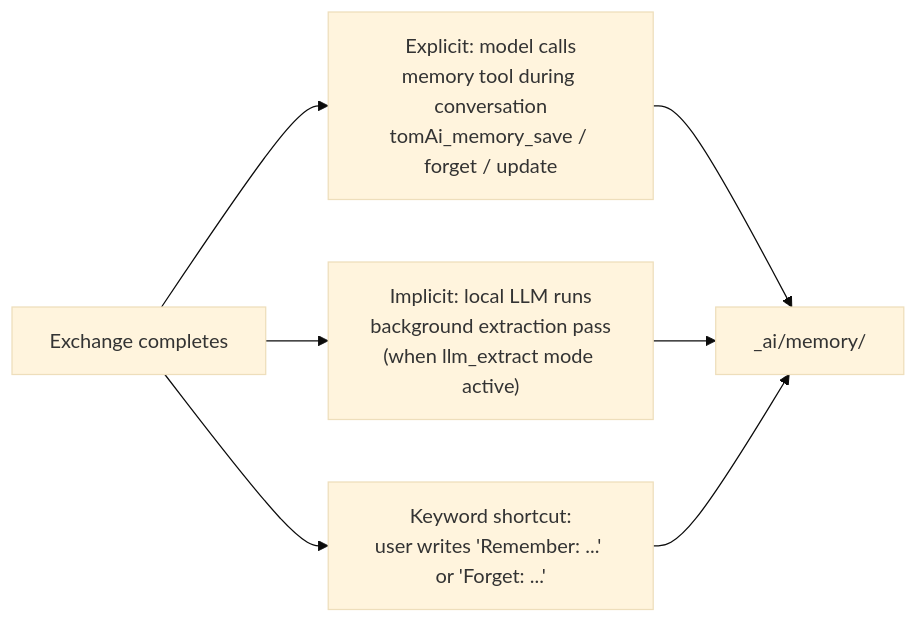
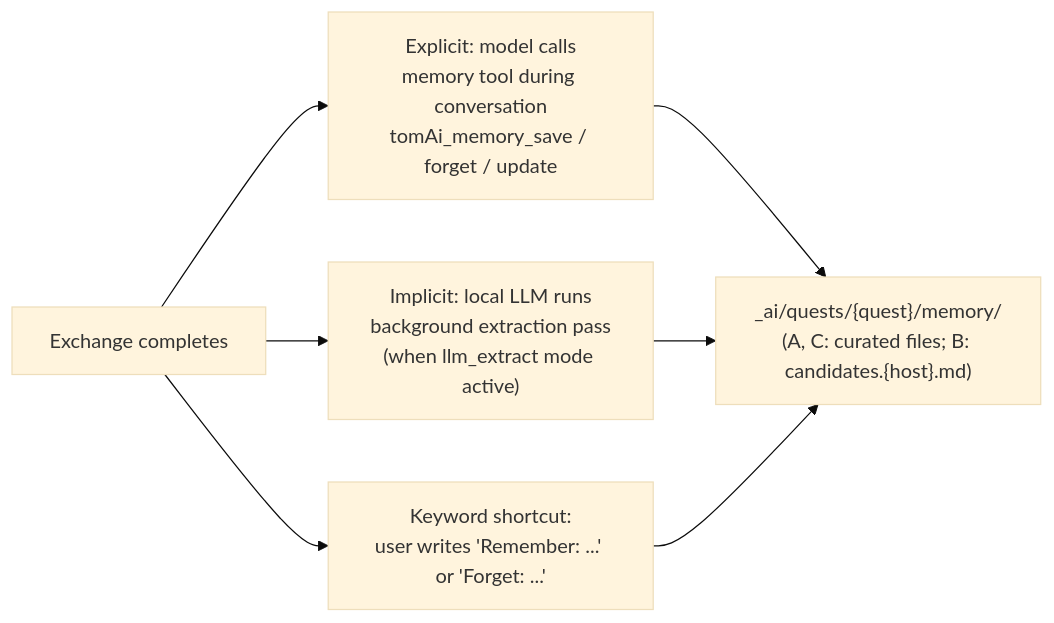
One commit to al-the-bear/tom_vscode changed the third of 9 diagrams in tom_vscode_extension/doc/anthropic_sdk_integration.md. Above: the diagram before and after it, drawn with Mermaid (base theme). The commit also changed other lines of this file and 105 other files, not shown here.

First line of the commit message:
Extension: quest-only saved prompts, quest notes in notes/ with a picker, workspace notes file, quest memory in the quest folder (01_aifmt-3)

````diff
--- a/tom_vscode_extension/doc/anthropic_sdk_integration.md
+++ b/tom_vscode_extension/doc/anthropic_sdk_integration.md
@@ -273,10 +284,10 @@
 ```mermaid
 flowchart LR
     EX[Exchange completes]
     EX --> A["Explicit: model calls\nmemory tool during conversation\ntomAi_memory_save / forget / update"]
     EX --> B["Implicit: local LLM runs\nbackground extraction pass\n(when llm_extract mode active)"]
     EX --> C["Keyword shortcut:\nuser writes 'Remember: ...' or 'Forget: ...'"]
-    A --> MEM["_ai/memory/"]
+    A --> MEM["_ai/quests/{quest}/memory/\n(A, C: curated files; B: candidates.{host}.md)"]
     B --> MEM
     C --> MEM
 ```
````
